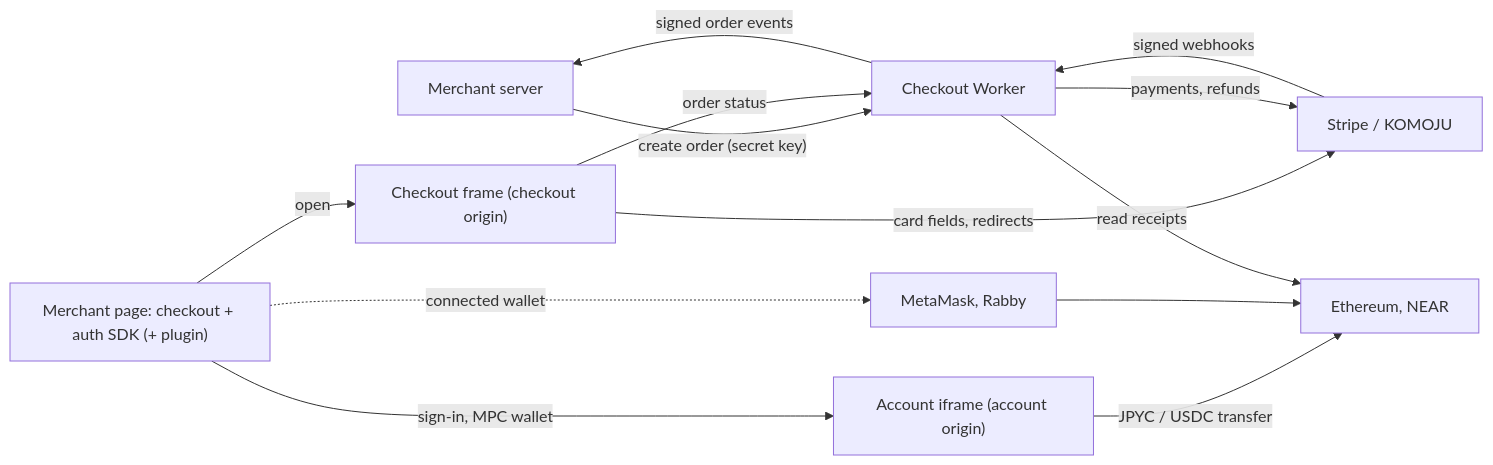
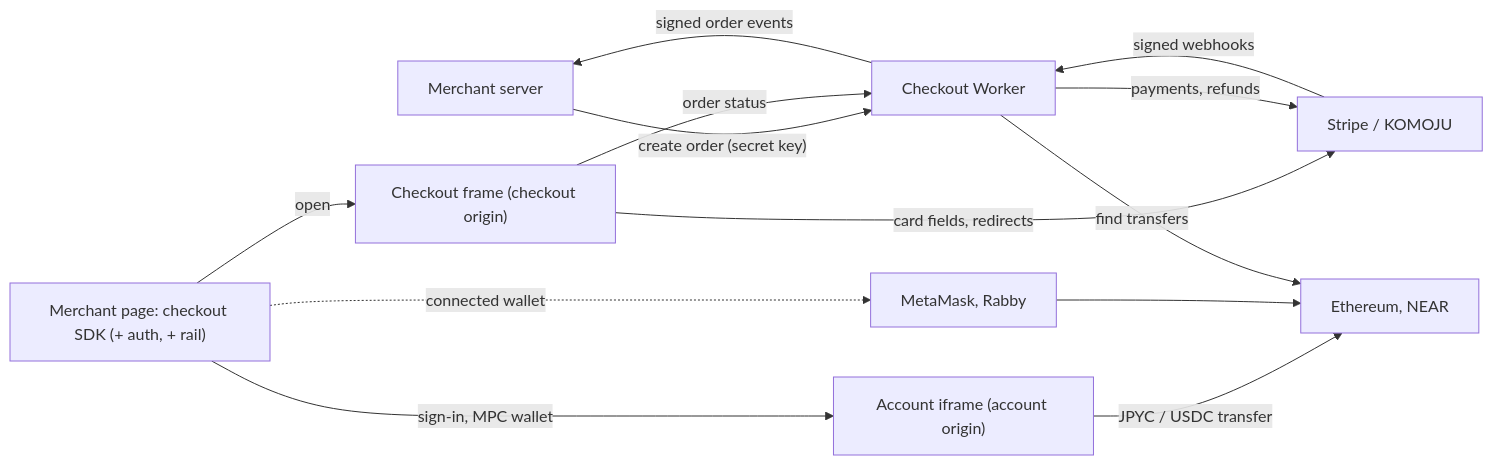
One commit to seams-tech/seams-wallet changed the second of 4 diagrams in docs/refactor-250-seams-checkout.md. Above: the diagram before and after it, drawn with Mermaid. The commit also changed other lines of this file and 1 other file, not shown here.

First line of the commit message:
Plan: apply the architecture review to Refactors 250 and 251

````diff
--- a/docs/refactor-250-seams-checkout.md
+++ b/docs/refactor-250-seams-checkout.md
@@ -236,15 +278,15 @@
 ```mermaid
 flowchart LR
     MS["Merchant server"] -->|"create order (secret key)"| CW["Checkout Worker"]
-    App["Merchant page: checkout + auth SDK (+ plugin)"] -->|"open"| CF["Checkout frame (checkout origin)"]
+    App["Merchant page: checkout SDK (+ auth, + rail)"] -->|"open"| CF["Checkout frame (checkout origin)"]
     App -->|"sign-in, MPC wallet"| AI["Account iframe (account origin)"]
     App -. "connected wallet" .-> EW["MetaMask, Rabby"]
     CF -->|"card fields, redirects"| PSP["Stripe / KOMOJU"]
     CF -->|"order status"| CW
     AI -->|"JPYC / USDC transfer"| Chain["Ethereum, NEAR"]
     EW --> Chain
     CW -->|"payments, refunds"| PSP
     PSP -->|"signed webhooks"| CW
-    CW -->|"read receipts"| Chain
+    CW -->|"find transfers"| Chain
     CW -->|"signed order events"| MS
 ```
````
